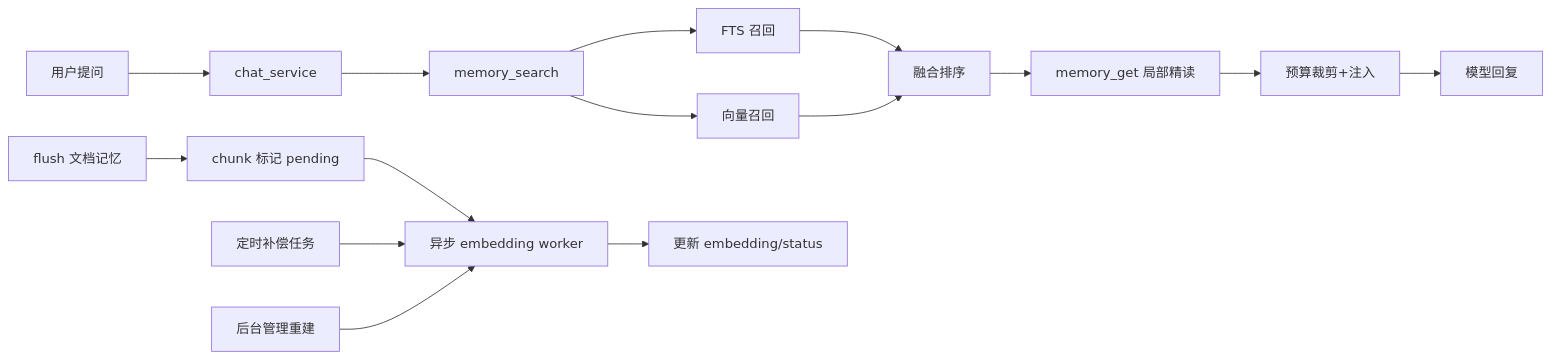
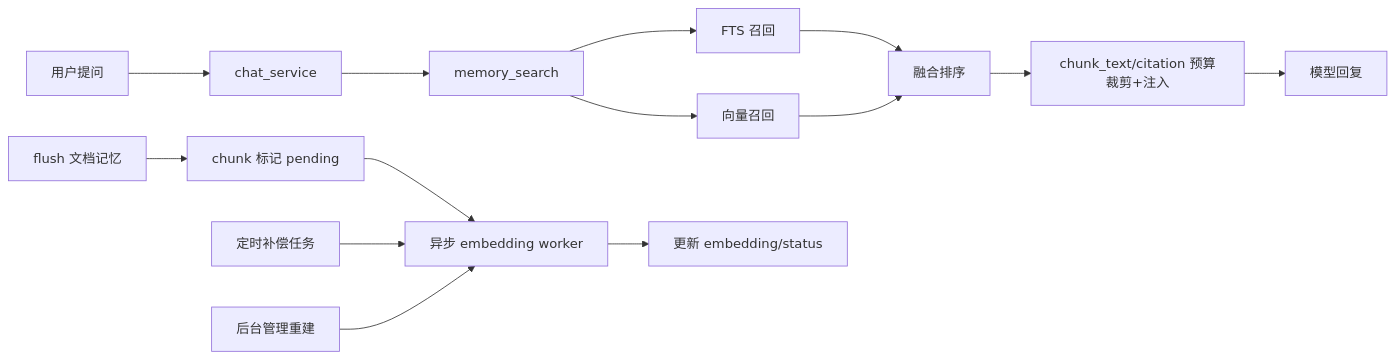
Before and after one commit to jijingkun-commits/fastapi: the diagram in docs/内部参考/迭代需求/文档记忆混合检索_implementation_plan.md, drawn with Mermaid. The commit also changed other lines of this file and 39 other files, not shown here.

````diff
--- a/docs/内部参考/迭代需求/文档记忆混合检索_implementation_plan.md
+++ b/docs/内部参考/迭代需求/文档记忆混合检索_implementation_plan.md
@@ -62,18 +62,17 @@
 ```mermaid
 flowchart LR
 U["用户提问"] --> C["chat_service"]
 C --> S["memory_search"]
 S --> F["FTS 召回"]
 S --> V["向量召回"]
 F --> H["融合排序"]
 V --> H
-H --> G["memory_get 局部精读"]
-G --> B["预算裁剪+注入"]
+H --> B["chunk_text/citation 预算裁剪+注入"]
 B --> LLM["模型回复"]
 
 W["flush 文档记忆"] --> P["chunk 标记 pending"]
 P --> Q["异步 embedding worker"]
 Q --> R["更新 embedding/status"]
 T["定时补偿任务"] --> Q
 M["后台管理重建"] --> Q
 ```
````
